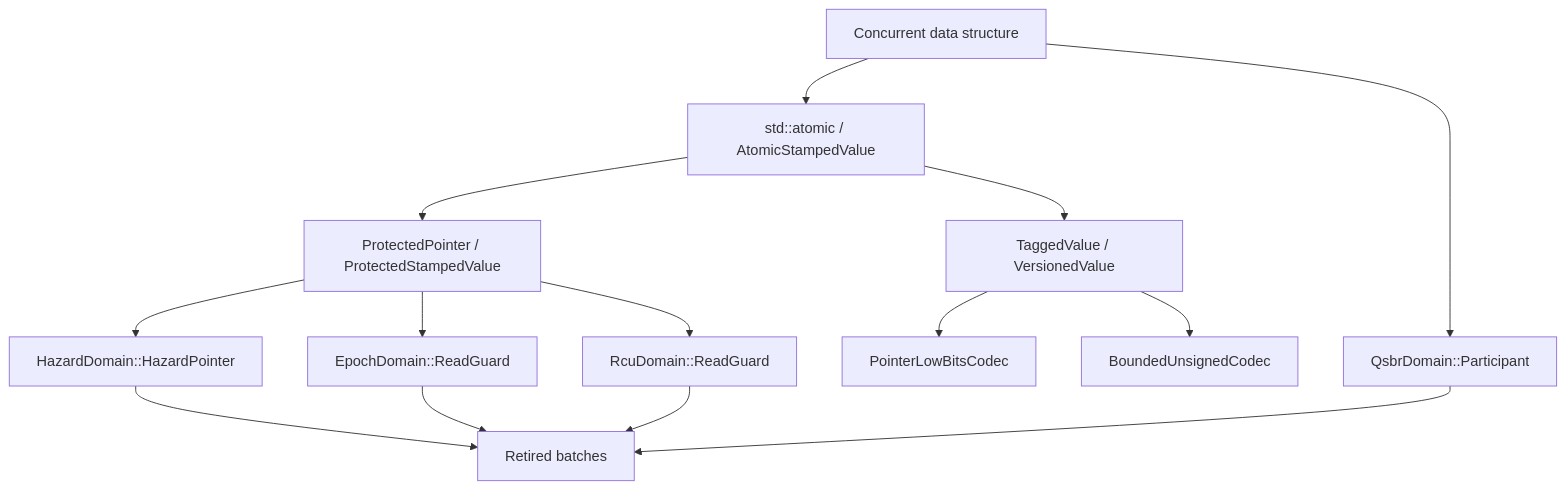
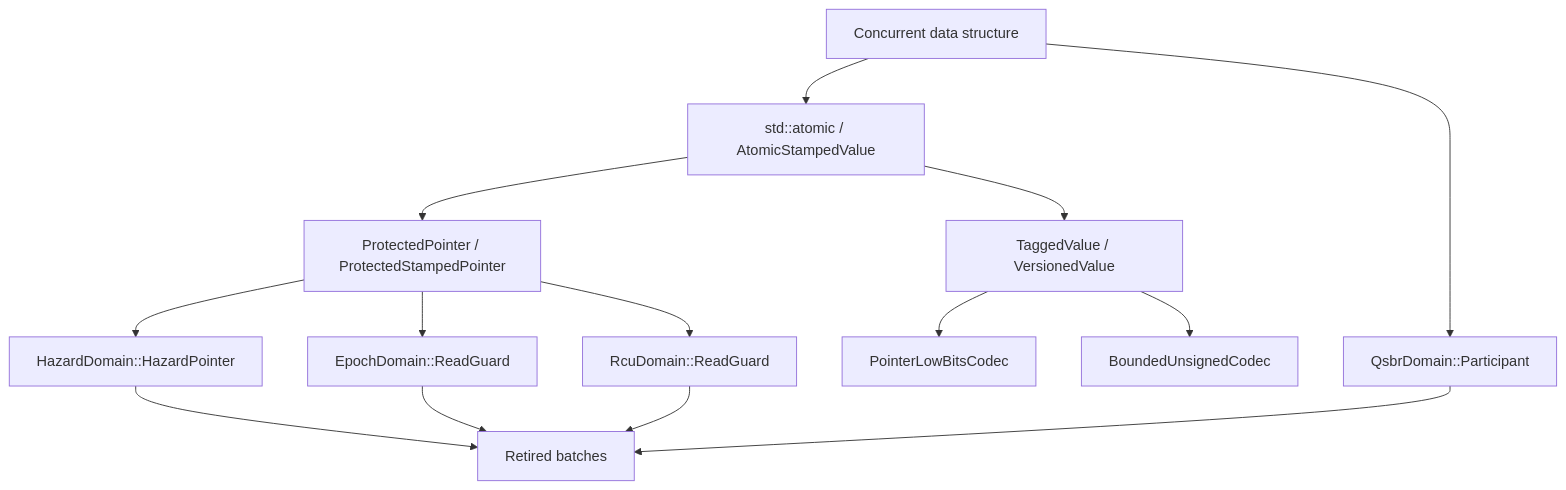
The diagram in Sora/docs/ConcurrencyReclamation.md (nekomiya-kasane/Hetis), drawn with Mermaid before and after one commit. The commit also changed other lines of this file and 11 other files, not shown here.

````diff
--- a/Sora/docs/ConcurrencyReclamation.md
+++ b/Sora/docs/ConcurrencyReclamation.md
@@ -9,16 +9,16 @@
 ```mermaid
 flowchart TD
     U["Concurrent data structure"] --> P["std::atomic<T*> / AtomicStampedValue"]
-    P --> O["ProtectedPointer / ProtectedStampedValue"]
+    P --> O["ProtectedPointer / ProtectedStampedPointer"]
     O --> H["HazardDomain::HazardPointer"]
     O --> E["EpochDomain::ReadGuard"]
     O --> R["RcuDomain::ReadGuard"]
     U --> Q["QsbrDomain::Participant"]
     H --> L["Retired batches"]
     E --> L
     Q --> L
     R --> L
     P --> V["TaggedValue / VersionedValue"]
     V --> PC["PointerLowBitsCodec"]
     V --> IC["BoundedUnsignedCodec"]
 ```
````
